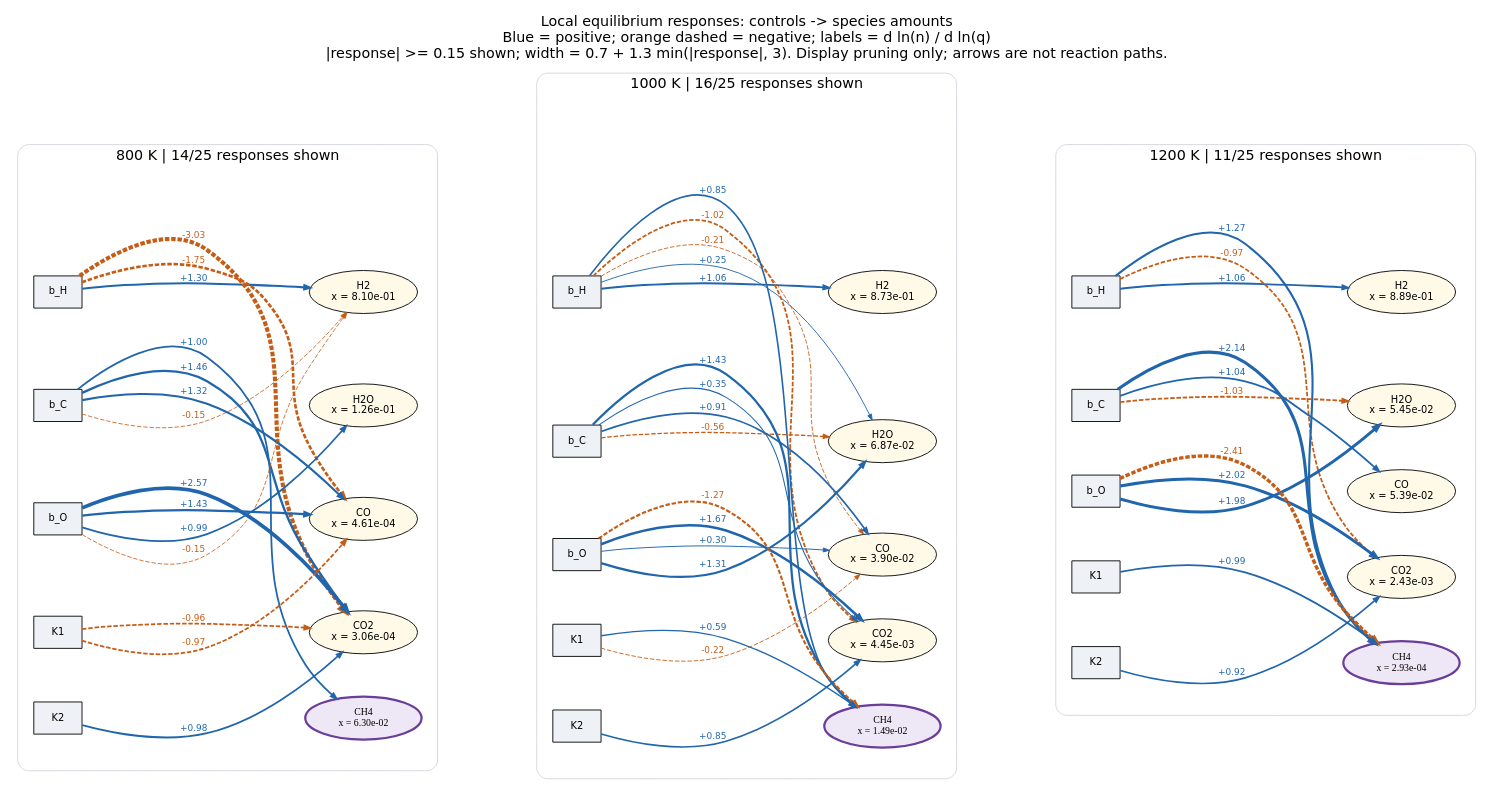
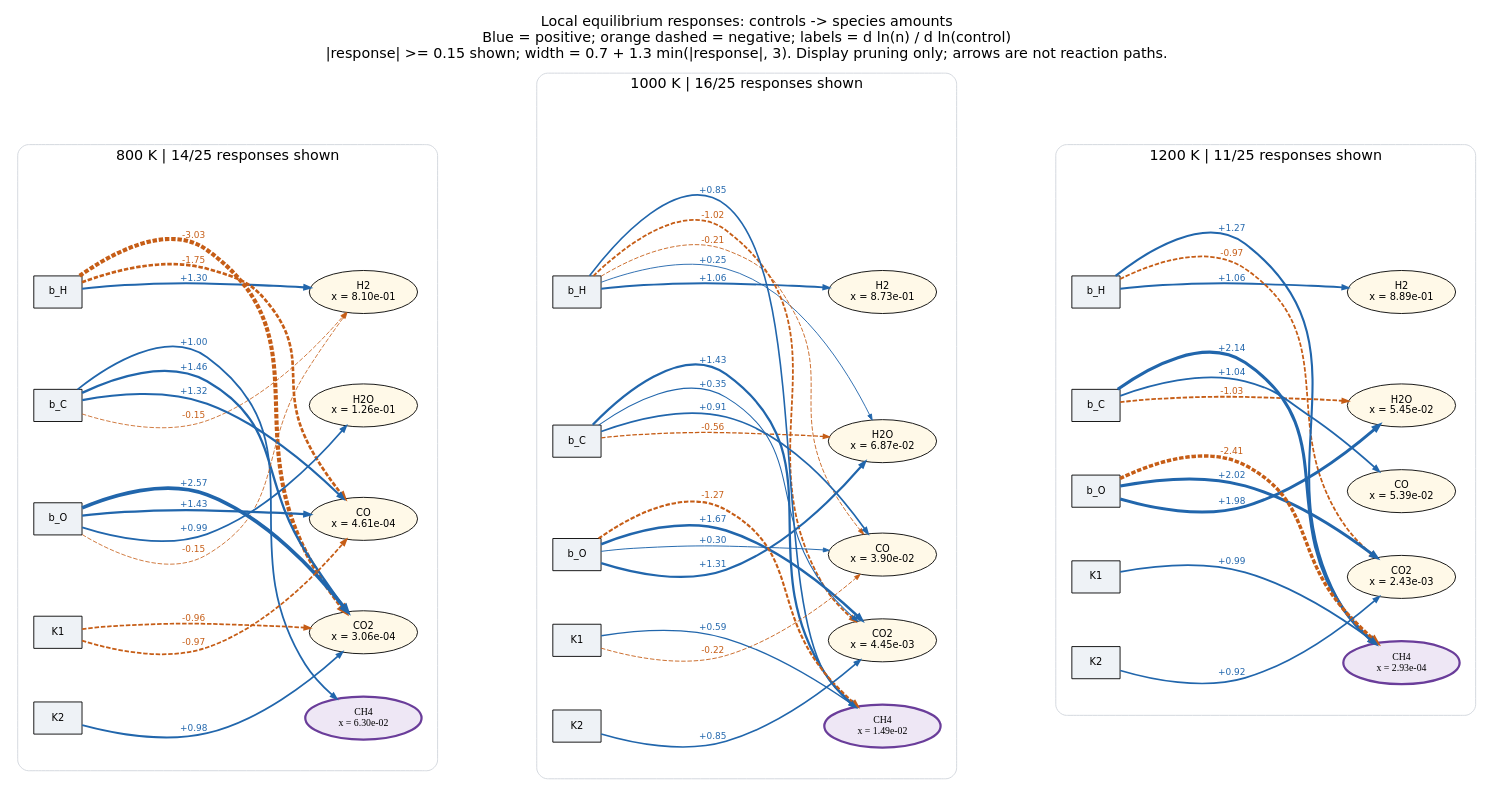
One commit to HajimeKawahara/exogibbs changed the diagram in results/equilibrium_sensitivity/sensitivity_network.dot. Above: the diagram before and after it, drawn with Graphviz. The commit also changed 22 other files, not shown here.

Commit message:
examples: add physical controls and response reductions

```diff
--- a/results/equilibrium_sensitivity/sensitivity_network.dot
+++ b/results/equilibrium_sensitivity/sensitivity_network.dot
@@ -1,119 +1,119 @@
 digraph responses {
 graph [rankdir=LR, bgcolor="white",
 fontname="DejaVu Sans", fontsize=16, labelloc=t, nodesep=0.34, ranksep=1.0,
-label="Local equilibrium responses: controls -> species amounts\nBlue = positive; orange dashed = negative; labels = d ln(n) / d ln(q)\n|response| >= 0.15 shown; width = 0.7 + 1.3 min(|response|, 3). Display pruning only; arrows are not reaction paths."];
+label="Local equilibrium responses: controls -> species amounts\nBlue = positive; orange dashed = negative; labels = d ln(n) / d ln(control)\n|response| >= 0.15 shown; width = 0.7 + 1.3 min(|response|, 3). Display pruning only; arrows are not reaction paths."];
 node [fontname="DejaVu Sans", fontsize=11, margin="0.10,0.07", style=filled];
 edge [fontname="DejaVu Sans", fontsize=10, arrowsize=0.65];
 subgraph cluster_0 {
 label="800 K | 14/25 responses shown";
 color="#d0d5db"; style=rounded; margin=18;
 "s0_H" [label="b_H", shape=box, fillcolor="#eef2f6"];
 "s0_C" [label="b_C", shape=box, fillcolor="#eef2f6"];
 "s0_O" [label="b_O", shape=box, fillcolor="#eef2f6"];
 "s0_K1" [label="K1", shape=box, fillcolor="#eef2f6"];
 "s0_K2" [label="K2", shape=box, fillcolor="#eef2f6"];
 "s0_H2" [label="H2\nx = 8.10e-01", shape=ellipse, fillcolor="#fff9e8"];
 "s0_H2O" [label="H2O\nx = 1.26e-01", shape=ellipse, fillcolor="#fff9e8"];
 "s0_CO" [label="CO\nx = 4.61e-04", shape=ellipse, fillcolor="#fff9e8"];
 "s0_CO2" [label="CO2\nx = 3.06e-04", shape=ellipse, fillcolor="#fff9e8"];
 "s0_CH4" [label="CH4\nx = 6.30e-02", shape=ellipse, fillcolor="#eee7f5", color="#6a3d9a", penwidth=2.5, fontname="DejaVu Sans Bold"];
 { rank=same; "s0_H"; "s0_C"; "s0_O"; "s0_K1"; "s0_K2"; }
 "s0_K2" -> "s0_K1" -> "s0_O" -> "s0_C" -> "s0_H" [style=invis, weight=100];
 { rank=same; "s0_H2"; "s0_H2O"; "s0_CO"; "s0_CO2"; "s0_CH4"; }
 "s0_CH4" -> "s0_CO2" -> "s0_CO" -> "s0_H2O" -> "s0_H2" [style=invis, weight=100];
 "s0_H" -> "s0_H2" [style=invis, weight=1000, minlen=3];
 "s0_C" -> "s0_H2O" [style=invis, weight=1000, minlen=3];
 "s0_O" -> "s0_CO" [style=invis, weight=1000, minlen=3];
 "s0_K1" -> "s0_CO2" [style=invis, weight=1000, minlen=3];
 "s0_K2" -> "s0_CH4" [style=invis, weight=1000, minlen=3];
 "s0_H" -> "s0_H2" [label="+1.30", color="#2166ac", fontcolor="#2166ac", style=solid, constraint=false, penwidth=2.40];
 "s0_H" -> "s0_CO" [label="-1.75", color="#c65d16", fontcolor="#c65d16", style=dashed, constraint=false, penwidth=2.97];
 "s0_H" -> "s0_CO2" [label="-3.03", color="#c65d16", fontcolor="#c65d16", style=dashed, constraint=false, penwidth=4.60];
 "s0_C" -> "s0_H2" [label="-0.15", color="#c65d16", fontcolor="#c65d16", style=dashed, constraint=false, penwidth=0.90];
 "s0_C" -> "s0_CO" [label="+1.32", color="#2166ac", fontcolor="#2166ac", style=solid, constraint=false, penwidth=2.41];
 "s0_C" -> "s0_CO2" [label="+1.46", color="#2166ac", fontcolor="#2166ac", style=solid, constraint=false, penwidth=2.60];
 "s0_C" -> "s0_CH4" [label="+1.00", color="#2166ac", fontcolor="#2166ac", style=solid, constraint=false, penwidth=1.99];
 "s0_O" -> "s0_H2" [label="-0.15", color="#c65d16", fontcolor="#c65d16", style=dashed, constraint=false, penwidth=0.90];
 "s0_O" -> "s0_H2O" [label="+0.99", color="#2166ac", fontcolor="#2166ac", style=solid, constraint=false, penwidth=1.99];
 "s0_O" -> "s0_CO" [label="+1.43", color="#2166ac", fontcolor="#2166ac", style=solid, constraint=false, penwidth=2.55];
 "s0_O" -> "s0_CO2" [label="+2.57", color="#2166ac", fontcolor="#2166ac", style=solid, constraint=false, penwidth=4.04];
 "s0_K1" -> "s0_CO" [label="-0.97", color="#c65d16", fontcolor="#c65d16", style=dashed, constraint=false, penwidth=1.97];
 "s0_K1" -> "s0_CO2" [label="-0.96", color="#c65d16", fontcolor="#c65d16", style=dashed, constraint=false, penwidth=1.95];
 "s0_K2" -> "s0_CO2" [label="+0.98", color="#2166ac", fontcolor="#2166ac", style=solid, constraint=false, penwidth=1.98];
 }
 subgraph cluster_1 {
 label="1000 K | 16/25 responses shown";
 color="#d0d5db"; style=rounded; margin=18;
 "s1_H" [label="b_H", shape=box, fillcolor="#eef2f6"];
 "s1_C" [label="b_C", shape=box, fillcolor="#eef2f6"];
 "s1_O" [label="b_O", shape=box, fillcolor="#eef2f6"];
 "s1_K1" [label="K1", shape=box, fillcolor="#eef2f6"];
 "s1_K2" [label="K2", shape=box, fillcolor="#eef2f6"];
 "s1_H2" [label="H2\nx = 8.73e-01", shape=ellipse, fillcolor="#fff9e8"];
 "s1_H2O" [label="H2O\nx = 6.87e-02", shape=ellipse, fillcolor="#fff9e8"];
 "s1_CO" [label="CO\nx = 3.90e-02", shape=ellipse, fillcolor="#fff9e8"];
 "s1_CO2" [label="CO2\nx = 4.45e-03", shape=ellipse, fillcolor="#fff9e8"];
 "s1_CH4" [label="CH4\nx = 1.49e-02", shape=ellipse, fillcolor="#eee7f5", color="#6a3d9a", penwidth=2.5, fontname="DejaVu Sans Bold"];
 { rank=same; "s1_H"; "s1_C"; "s1_O"; "s1_K1"; "s1_K2"; }
 "s1_K2" -> "s1_K1" -> "s1_O" -> "s1_C" -> "s1_H" [style=invis, weight=100];
 { rank=same; "s1_H2"; "s1_H2O"; "s1_CO"; "s1_CO2"; "s1_CH4"; }
 "s1_CH4" -> "s1_CO2" -> "s1_CO" -> "s1_H2O" -> "s1_H2" [style=invis, weight=100];
 "s1_H" -> "s1_H2" [style=invis, weight=1000, minlen=3];
 "s1_C" -> "s1_H2O" [style=invis, weight=1000, minlen=3];
 "s1_O" -> "s1_CO" [style=invis, weight=1000, minlen=3];
 "s1_K1" -> "s1_CO2" [style=invis, weight=1000, minlen=3];
 "s1_K2" -> "s1_CH4" [style=invis, weight=1000, minlen=3];
 "s1_H" -> "s1_H2" [label="+1.06", color="#2166ac", fontcolor="#2166ac", style=solid, constraint=false, penwidth=2.08];
 "s1_H" -> "s1_H2O" [label="+0.25", color="#2166ac", fontcolor="#2166ac", style=solid, constraint=false, penwidth=1.02];
 "s1_H" -> "s1_CO" [label="-0.21", color="#c65d16", fontcolor="#c65d16", style=dashed, constraint=false, penwidth=0.97];
 "s1_H" -> "s1_CO2" [label="-1.02", color="#c65d16", fontcolor="#c65d16", style=dashed, constraint=false, penwidth=2.03];
 "s1_H" -> "s1_CH4" [label="+0.85", color="#2166ac", fontcolor="#2166ac", style=solid, constraint=false, penwidth=1.80];
 "s1_C" -> "s1_H2O" [label="-0.56", color="#c65d16", fontcolor="#c65d16", style=dashed, constraint=false, penwidth=1.43];
 "s1_C" -> "s1_CO" [label="+0.91", color="#2166ac", fontcolor="#2166ac", style=solid, constraint=false, penwidth=1.88];
 "s1_C" -> "s1_CO2" [label="+0.35", color="#2166ac", fontcolor="#2166ac", style=solid, constraint=false, penwidth=1.16];
 "s1_C" -> "s1_CH4" [label="+1.43", color="#2166ac", fontcolor="#2166ac", style=solid, constraint=false, penwidth=2.56];
 "s1_O" -> "s1_H2O" [label="+1.31", color="#2166ac", fontcolor="#2166ac", style=solid, constraint=false, penwidth=2.41];
 "s1_O" -> "s1_CO" [label="+0.30", color="#2166ac", fontcolor="#2166ac", style=solid, constraint=false, penwidth=1.08];
 "s1_O" -> "s1_CO2" [label="+1.67", color="#2166ac", fontcolor="#2166ac", style=solid, constraint=false, penwidth=2.87];
 "s1_O" -> "s1_CH4" [label="-1.27", color="#c65d16", fontcolor="#c65d16", style=dashed, constraint=false, penwidth=2.36];
 "s1_K1" -> "s1_CO" [label="-0.22", color="#c65d16", fontcolor="#c65d16", style=dashed, constraint=false, penwidth=0.99];
 "s1_K1" -> "s1_CH4" [label="+0.59", color="#2166ac", fontcolor="#2166ac", style=solid, constraint=false, penwidth=1.47];
 "s1_K2" -> "s1_CO2" [label="+0.85", color="#2166ac", fontcolor="#2166ac", style=solid, constraint=false, penwidth=1.80];
 }
 "s0_H2" -> "s1_H" [style=invis, minlen=2, weight=100];
 subgraph cluster_2 {
 label="1200 K | 11/25 responses shown";
 color="#d0d5db"; style=rounded; margin=18;
 "s2_H" [label="b_H", shape=box, fillcolor="#eef2f6"];
 "s2_C" [label="b_C", shape=box, fillcolor="#eef2f6"];
 "s2_O" [label="b_O", shape=box, fillcolor="#eef2f6"];
 "s2_K1" [label="K1", shape=box, fillcolor="#eef2f6"];
 "s2_K2" [label="K2", shape=box, fillcolor="#eef2f6"];
 "s2_H2" [label="H2\nx = 8.89e-01", shape=ellipse, fillcolor="#fff9e8"];
 "s2_H2O" [label="H2O\nx = 5.45e-02", shape=ellipse, fillcolor="#fff9e8"];
 "s2_CO" [label="CO\nx = 5.39e-02", shape=ellipse, fillcolor="#fff9e8"];
 "s2_CO2" [label="CO2\nx = 2.43e-03", shape=ellipse, fillcolor="#fff9e8"];
 "s2_CH4" [label="CH4\nx = 2.93e-04", shape=ellipse, fillcolor="#eee7f5", color="#6a3d9a", penwidth=2.5, fontname="DejaVu Sans Bold"];
 { rank=same; "s2_H"; "s2_C"; "s2_O"; "s2_K1"; "s2_K2"; }
 "s2_K2" -> "s2_K1" -> "s2_O" -> "s2_C" -> "s2_H" [style=invis, weight=100];
 { rank=same; "s2_H2"; "s2_H2O"; "s2_CO"; "s2_CO2"; "s2_CH4"; }
 "s2_CH4" -> "s2_CO2" -> "s2_CO" -> "s2_H2O" -> "s2_H2" [style=invis, weight=100];
 "s2_H" -> "s2_H2" [style=invis, weight=1000, minlen=3];
 "s2_C" -> "s2_H2O" [style=invis, weight=1000, minlen=3];
 "s2_O" -> "s2_CO" [style=invis, weight=1000, minlen=3];
 "s2_K1" -> "s2_CO2" [style=invis, weight=1000, minlen=3];
 "s2_K2" -> "s2_CH4" [style=invis, weight=1000, minlen=3];
 "s2_H" -> "s2_H2" [label="+1.06", color="#2166ac", fontcolor="#2166ac", style=solid, constraint=false, penwidth=2.08];
 "s2_H" -> "s2_CO2" [label="-0.97", color="#c65d16", fontcolor="#c65d16", style=dashed, constraint=false, penwidth=1.96];
 "s2_H" -> "s2_CH4" [label="+1.27", color="#2166ac", fontcolor="#2166ac", style=solid, constraint=false, penwidth=2.36];
 "s2_C" -> "s2_H2O" [label="-1.03", color="#c65d16", fontcolor="#c65d16", style=dashed, constraint=false, penwidth=2.03];
 "s2_C" -> "s2_CO" [label="+1.04", color="#2166ac", fontcolor="#2166ac", style=solid, constraint=false, penwidth=2.05];
 "s2_C" -> "s2_CH4" [label="+2.14", color="#2166ac", fontcolor="#2166ac", style=solid, constraint=false, penwidth=3.48];
 "s2_O" -> "s2_H2O" [label="+1.98", color="#2166ac", fontcolor="#2166ac", style=solid, constraint=false, penwidth=3.27];
 "s2_O" -> "s2_CO2" [label="+2.02", color="#2166ac", fontcolor="#2166ac", style=solid, constraint=false, penwidth=3.32];
 "s2_O" -> "s2_CH4" [label="-2.41", color="#c65d16", fontcolor="#c65d16", style=dashed, constraint=false, penwidth=3.84];
 "s2_K1" -> "s2_CH4" [label="+0.99", color="#2166ac", fontcolor="#2166ac", style=solid, constraint=false, penwidth=1.98];
 "s2_K2" -> "s2_CO2" [label="+0.92", color="#2166ac", fontcolor="#2166ac", style=solid, constraint=false, penwidth=1.89];
 }
 "s1_H2" -> "s2_H" [style=invis, minlen=2, weight=100];
 }
```
